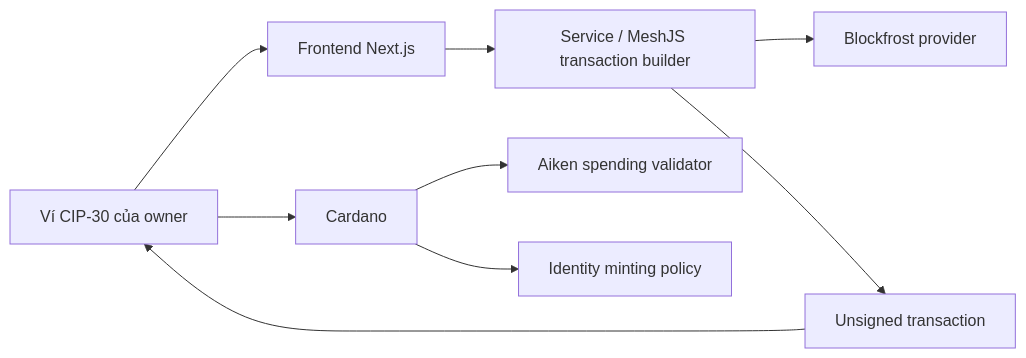
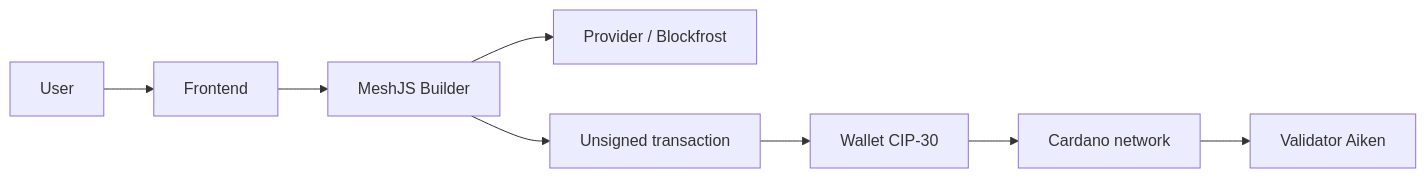
Before and after one commit to cardano2vn/Aiken-Course-2026: the second of 2 diagrams in 5.multisig-treasury/docs/bai_giang_1.md, drawn with Mermaid. The commit also changed other lines of this file and 2 other files, not shown here.

Commit message:
Refactor and expand documentation for multisig treasury, enhancing clarity on off-chain and on-chain interactions, transaction builders, and state management. Update sections on architecture, transaction preparation, and common errors to improve understanding and usability.

````diff
--- a/5.multisig-treasury/docs/bai_giang_1.md
+++ b/5.multisig-treasury/docs/bai_giang_1.md
@@ -115,11 +346,10 @@
 ```mermaid
 flowchart LR
-  Wallet[Ví CIP-30 của owner] --> UI[Frontend Next.js]
-  UI --> Server[Service / MeshJS transaction builder]
-  Server --> Provider[Blockfrost provider]
-  Server --> Tx[Unsigned transaction]
-  Tx --> Wallet
-  Wallet --> Chain[Cardano]
-  Chain --> Spend[Aiken spending validator]
-  Chain --> Policy[Identity minting policy]
+  U[User] --> F[Frontend]
+  F --> B[MeshJS Builder]
+  B --> P[Provider / Blockfrost]
+  B --> T[Unsigned transaction]
+  T --> W[Wallet CIP-30]
+  W --> C[Cardano network]
+  C --> V[Validator Aiken]
 ```
````
